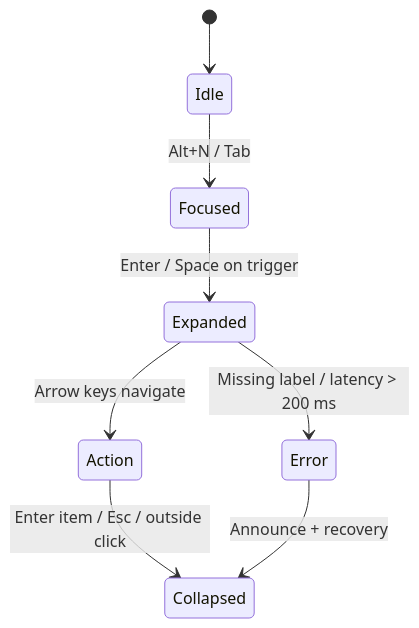
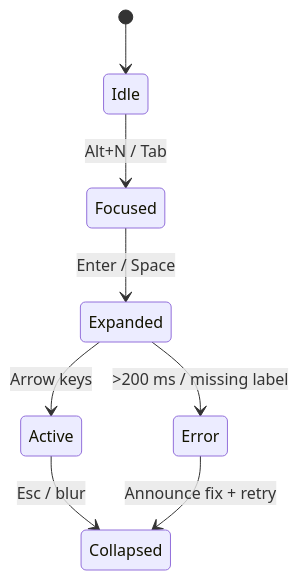
The diagram in docs/design/reviews/ui_components/timeline.md (bartytime4life/Kansas-Frontier-Matrix), drawn with Mermaid before and after one commit. The commit also changed other lines of this file, not shown here.

````diff
--- a/docs/design/reviews/ui_components/timeline.md
+++ b/docs/design/reviews/ui_components/timeline.md
@@ -149,10 +149,10 @@
 ```mermaid
 stateDiagram-v2
   [*] --> Idle
   Idle --> Focused : Alt+N / Tab
-  Focused --> Expanded : Enter / Space on trigger
-  Expanded --> Action : Arrow keys navigate
-  Action --> Collapsed : Enter item / Esc / outside click
-  Expanded --> Error : Missing label / latency > 200 ms
-  Error --> Collapsed : Announce + recovery
+  Focused --> Expanded : Enter / Space
+  Expanded --> Active : Arrow keys
+  Active --> Collapsed : Esc / blur
+  Expanded --> Error : >200 ms / missing label
+  Error --> Collapsed : Announce fix + retry
 ```
````
